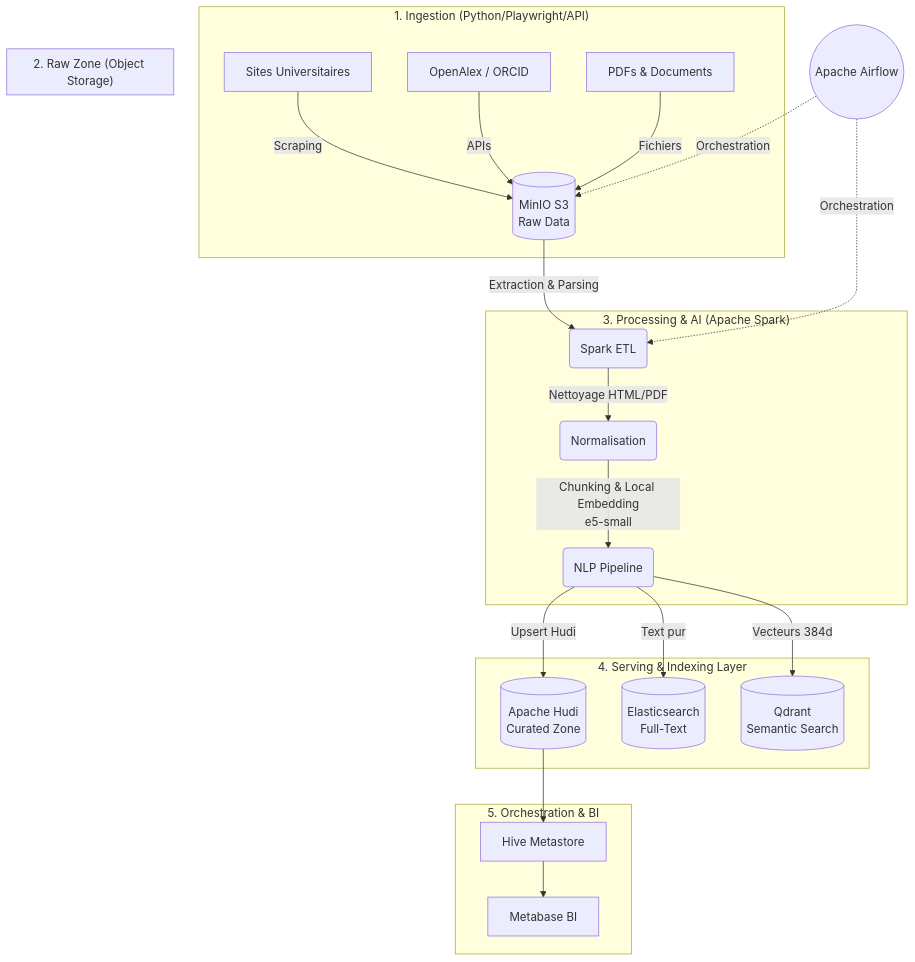
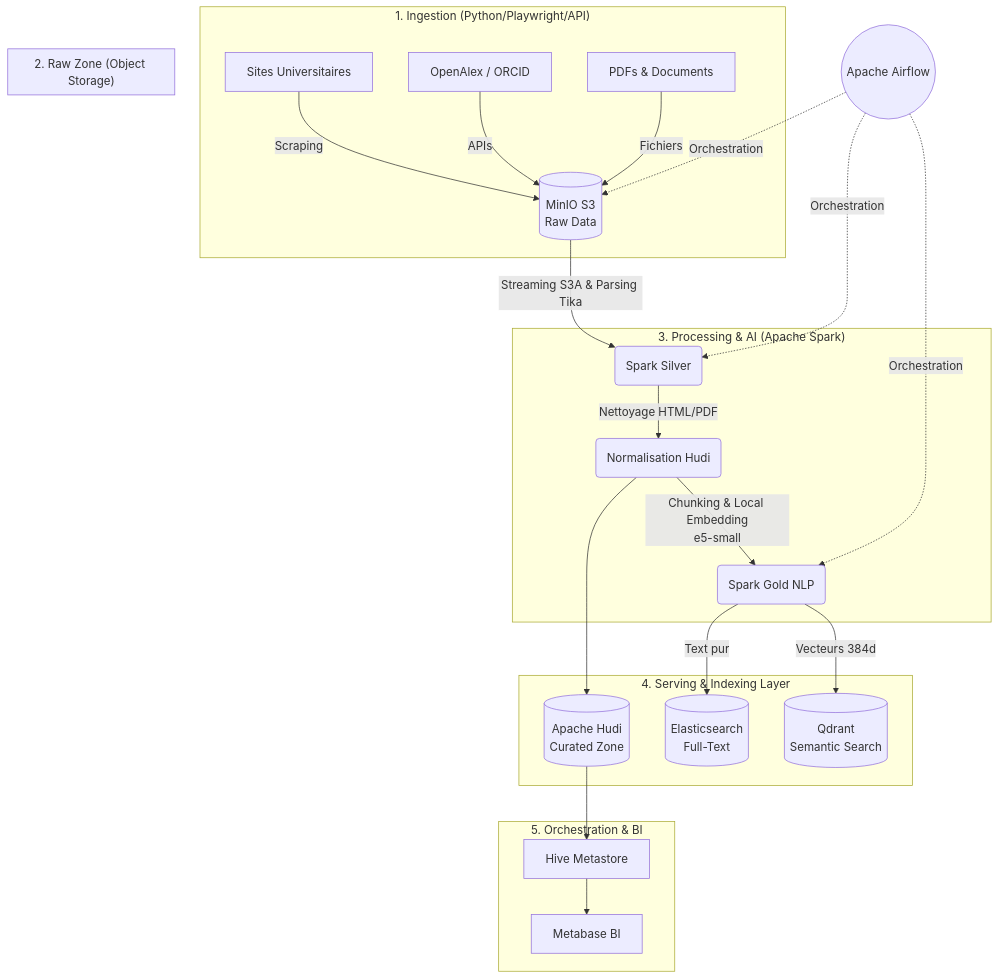
One commit to Oussama-Inchallah/University-Data-Platform-Mvp changed the first of 4 diagrams in README.md. Above: the diagram before and after it, drawn with Mermaid. The commit also changed other lines of this file, not shown here.

Commit message:
docs: update README with data flows, diagrams, and recent memory optimizations

````diff
--- a/README.md
+++ b/README.md
@@ -13,37 +13,38 @@
 ```mermaid
 graph TD
     %% Sources
     subgraph "1. Ingestion (Python/Playwright/API)"
         A[Sites Universitaires] -->|Scraping| D
         B[OpenAlex / ORCID] -->|APIs| D
         C[PDFs & Documents] -->|Fichiers| D
     end
 
     %% Stockage Brut
     subgraph "2. Raw Zone (Object Storage)"
         D[(MinIO S3\nRaw Data)]
     end
 
     %% Traitement
     subgraph "3. Processing & AI (Apache Spark)"
-        D -->|Extraction & Parsing| E(Spark ETL)
-        E -->|Nettoyage HTML/PDF| F(Normalisation)
-        F -->|Chunking & Local Embedding\ne5-small| G(NLP Pipeline)
+        D -->|Streaming S3A & Parsing Tika| E(Spark Silver)
+        E -->|Nettoyage HTML/PDF| F(Normalisation Hudi)
+        F -->|Chunking & Local Embedding\ne5-small| G(Spark Gold NLP)
     end
 
     %% Stockage Curé & Indexation
     subgraph "4. Serving & Indexing Layer"
-        G -->|Upsert Hudi| H[(Apache Hudi\nCurated Zone)]
+        F --> H[(Apache Hudi\nCurated Zone)]
         G -->|Text pur| I[(Elasticsearch\nFull-Text)]
         G -->|Vecteurs 384d| J[(Qdrant\nSemantic Search)]
     end
 
     %% Orchestration & BI
     subgraph "5. Orchestration & BI"
         H --> K[Hive Metastore]
         K --> L[Metabase BI]
     end
 
     O((Apache Airflow)) -.->|Orchestration| D
     O -.->|Orchestration| E
+    O -.->|Orchestration| G
 ```
````
